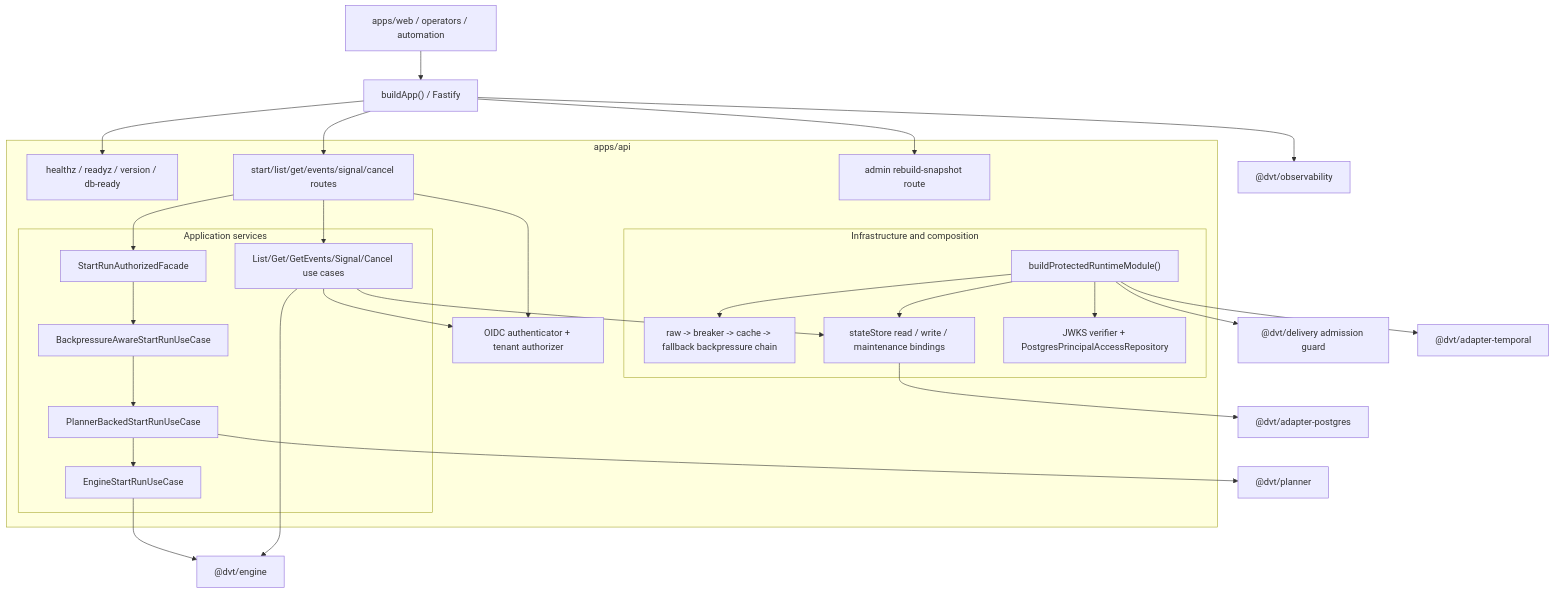
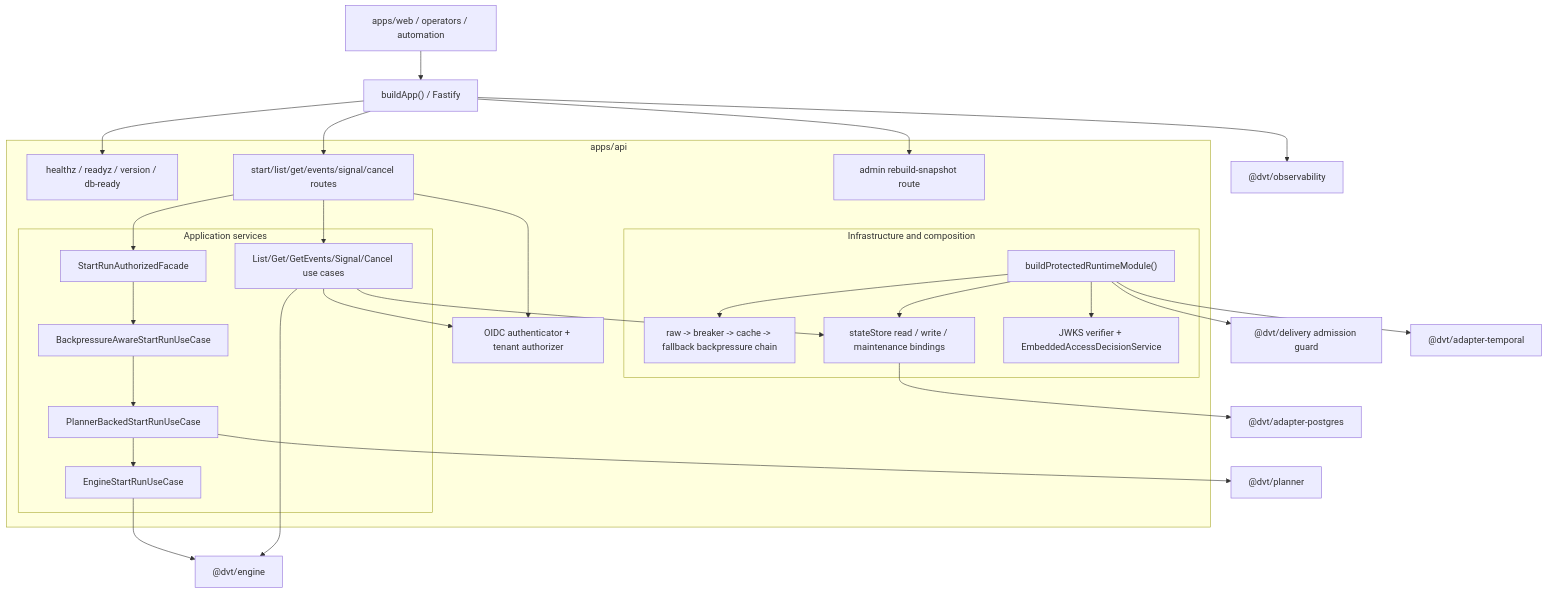
One commit to dunay2/dvt changed the first of 7 diagrams in docs/architecture/components/api/api-current-to-target-architecture.md. Above: the diagram before and after it, drawn with Mermaid. The commit also changed other lines of this file and 27 other files, not shown here.

Commit message:
fix(api): Extract embedded access decision service

````diff
--- a/docs/architecture/components/api/api-current-to-target-architecture.md
+++ b/docs/architecture/components/api/api-current-to-target-architecture.md
@@ -53,49 +53,49 @@
 ```mermaid
 flowchart TB
   Clients["apps/web / operators / automation"] --> Fastify["buildApp() / Fastify"]
 
   subgraph API["apps/api"]
     Health["healthz / readyz / version / db-ready"]
     Routes["start/list/get/events/signal/cancel routes"]
     Admin["admin rebuild-snapshot route"]
     Auth["OIDC authenticator + tenant authorizer"]
 
     subgraph AppLayer["Application services"]
       StartFacade["StartRunAuthorizedFacade"]
       AdmissionUC["BackpressureAwareStartRunUseCase"]
       PlannerUC["PlannerBackedStartRunUseCase"]
       EngineUC["EngineStartRunUseCase"]
       QueryUCs["List/Get/GetEvents/Signal/Cancel use cases"]
     end
 
     subgraph Infra["Infrastructure and composition"]
       Module["buildProtectedRuntimeModule()"]
       Backpressure["raw -> breaker -> cache -> fallback backpressure chain"]
       Roles["stateStore read / write / maintenance bindings"]
-      AuthInfra["JWKS verifier + PostgresPrincipalAccessRepository"]
+      AuthInfra["JWKS verifier + EmbeddedAccessDecisionService"]
     end
   end
 
   Fastify --> Health
   Fastify --> Routes
   Fastify --> Admin
   Routes --> Auth
   Routes --> StartFacade
   Routes --> QueryUCs
   StartFacade --> AdmissionUC
   AdmissionUC --> PlannerUC
   PlannerUC --> EngineUC
   QueryUCs --> Roles
   QueryUCs --> Auth
   Module --> Backpressure
   Module --> Roles
   Module --> AuthInfra
 
   PlannerUC --> Planner["@dvt/planner"]
   EngineUC --> Engine["@dvt/engine"]
   QueryUCs --> Engine
   Roles --> Postgres["@dvt/adapter-postgres"]
   Module --> Delivery["@dvt/delivery admission guard"]
   Module --> Temporal["@dvt/adapter-temporal"]
   Fastify --> Observability["@dvt/observability"]
 ```
````
